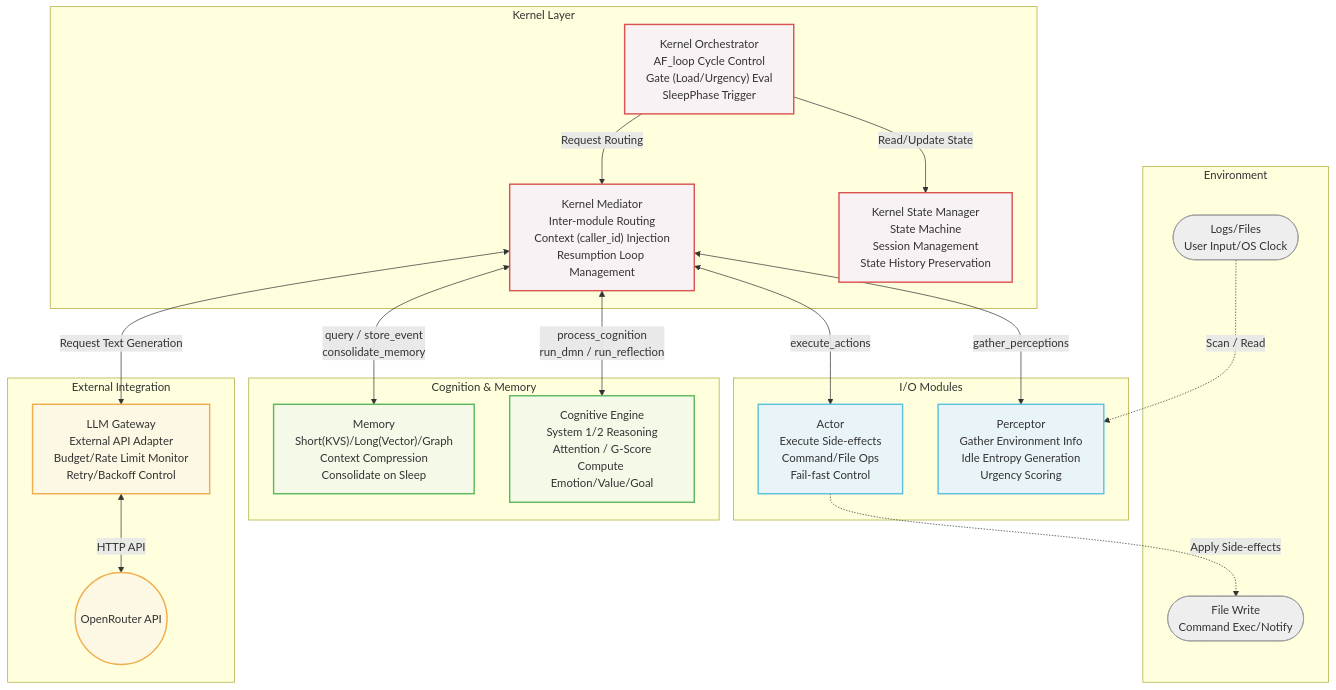
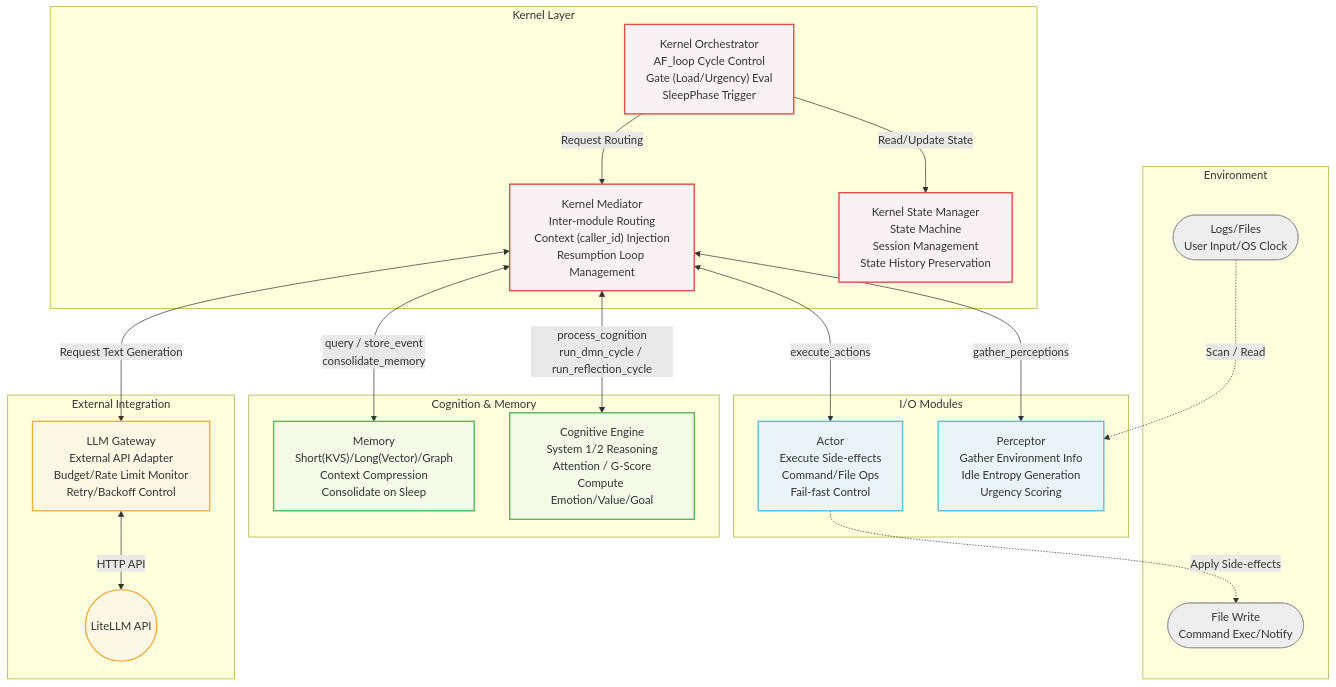
Before and after one commit to narv-lab/narv: the diagram in docs/narv_structure.md, drawn with Mermaid. The commit also changed 4 other files, not shown here.

Commit message:
docs: update architecture diagrams, contributing section, and license (#14)

````diff
--- a/docs/narv_structure.md
+++ b/docs/narv_structure.md
@@ -1,52 +1,52 @@
 ```mermaid
 flowchart TB
     %% Style Definitions
     classDef kernel fill:#f9f2f4,stroke:#d9534f,stroke-width:2px,color:#333
     classDef io fill:#e8f4f8,stroke:#5bc0de,stroke-width:2px,color:#333
     classDef cog fill:#f4f9e8,stroke:#5cb85c,stroke-width:2px,color:#333
     classDef ext fill:#fcf8e3,stroke:#f0ad4e,stroke-width:2px,color:#333
     classDef env fill:#eee,stroke:#999,stroke-width:1px,color:#333
 
     subgraph Environment ["Environment"]
         EnvIn(["Logs/Files<br>User Input/OS Clock"]):::env
         EnvOut(["File Write<br>Command Exec/Notify"]):::env
     end
 
     subgraph KernelGroup ["Kernel Layer"]
         SM["Kernel State Manager<br>State Machine<br>Session Management<br>State History Preservation"]:::kernel
         
         O["Kernel Orchestrator<br>AF_loop Cycle Control<br>Gate (Load/Urgency) Eval<br>SleepPhase Trigger"]:::kernel
         
         M["Kernel Mediator<br>Inter-module Routing<br>Context (caller_id) Injection<br>Resumption Loop Management"]:::kernel
 
         O -->|"Read/Update State"| SM
         O -->|"Request Routing"| M
     end
 
     subgraph IOGroup ["I/O Modules"]
         P["Perceptor<br>Gather Environment Info<br>Idle Entropy Generation<br>Urgency Scoring"]:::io
         A["Actor<br>Execute Side-effects<br>Command/File Ops<br>Fail-fast Control"]:::io
     end
 
     subgraph CognitionGroup ["Cognition & Memory"]
         CE["Cognitive Engine<br>System 1/2 Reasoning<br>Attention / G-Score<br>Compute Emotion/Value/Goal"]:::cog
         Mem["Memory<br>Short(KVS)/Long(Vector)/Graph<br>Context Compression<br>Consolidate on Sleep"]:::cog
     end
 
     subgraph ExternalGroup ["External Integration"]
         LLM["LLM Gateway<br>External API Adapter<br>Budget/Rate Limit Monitor<br>Retry/Backoff Control"]:::ext
-        OpenRouter(("OpenRouter API")):::ext
+        LiteLLM(("LiteLLM API")):::ext
     end
 
     %% Routing via Mediator
     M <-->|"gather_perceptions"| P
     M <-->|"execute_actions"| A
-    M <-->|"process_cognition<br>run_dmn / run_reflection"| CE
+    M <-->|"process_cognition<br>run_dmn_cycle / run_reflection_cycle"| CE
     M <-->|"query / store_event<br>consolidate_memory"| Mem
     M <-->|"Request Text Generation"| LLM
 
     %% Interactions with Environment and External APIs
     EnvIn -.->|"Scan / Read"| P
     A -.->|"Apply Side-effects"| EnvOut
-    LLM <-->|"HTTP API"| OpenRouter
+    LLM <-->|"HTTP API"| LiteLLM
 ```
````
